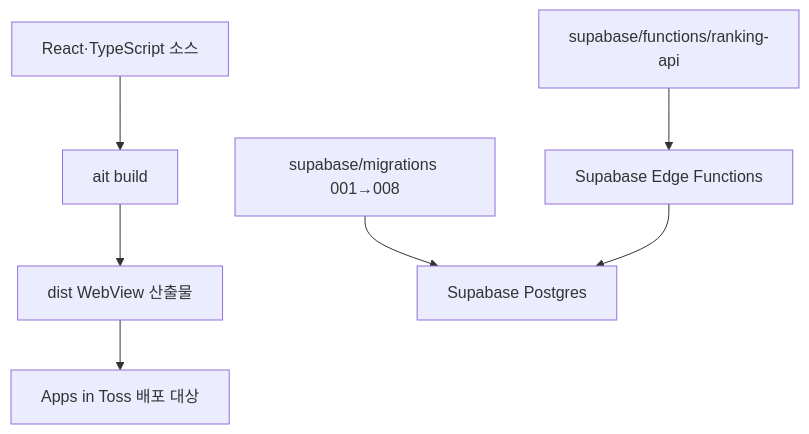
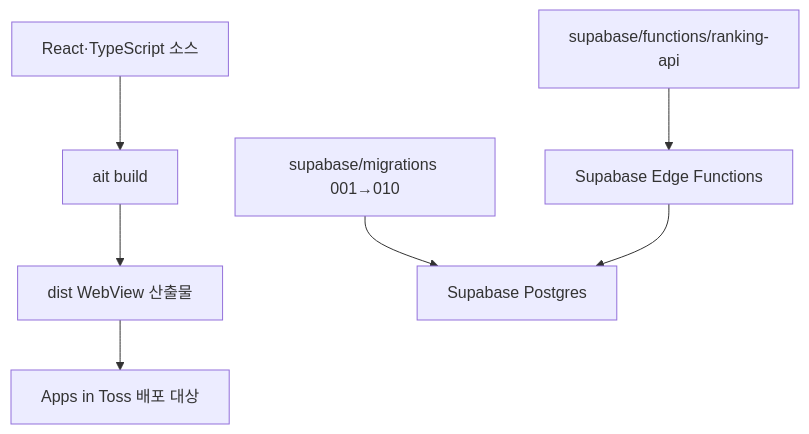
One commit to toss-aug-hackathon/blow-balloon changed the fourth of 4 diagrams in docs/architecture.md. Above: the diagram before and after it, drawn with Mermaid. The commit also changed 13 other files, not shown here.

````diff
--- a/docs/architecture.md
+++ b/docs/architecture.md
@@ -131,9 +131,9 @@
 ```mermaid
 flowchart TD
   Source["React·TypeScript 소스"] --> AIT["ait build"]
   AIT --> Dist["dist WebView 산출물"]
   Dist --> Toss["Apps in Toss 배포 대상"]
-  Migrations["supabase/migrations 001→008"] --> Postgres["Supabase Postgres"]
+  Migrations["supabase/migrations 001→010"] --> Postgres["Supabase Postgres"]
   Function["supabase/functions/ranking-api"] --> Edge["Supabase Edge Functions"]
   Edge --> Postgres
 ```
````
